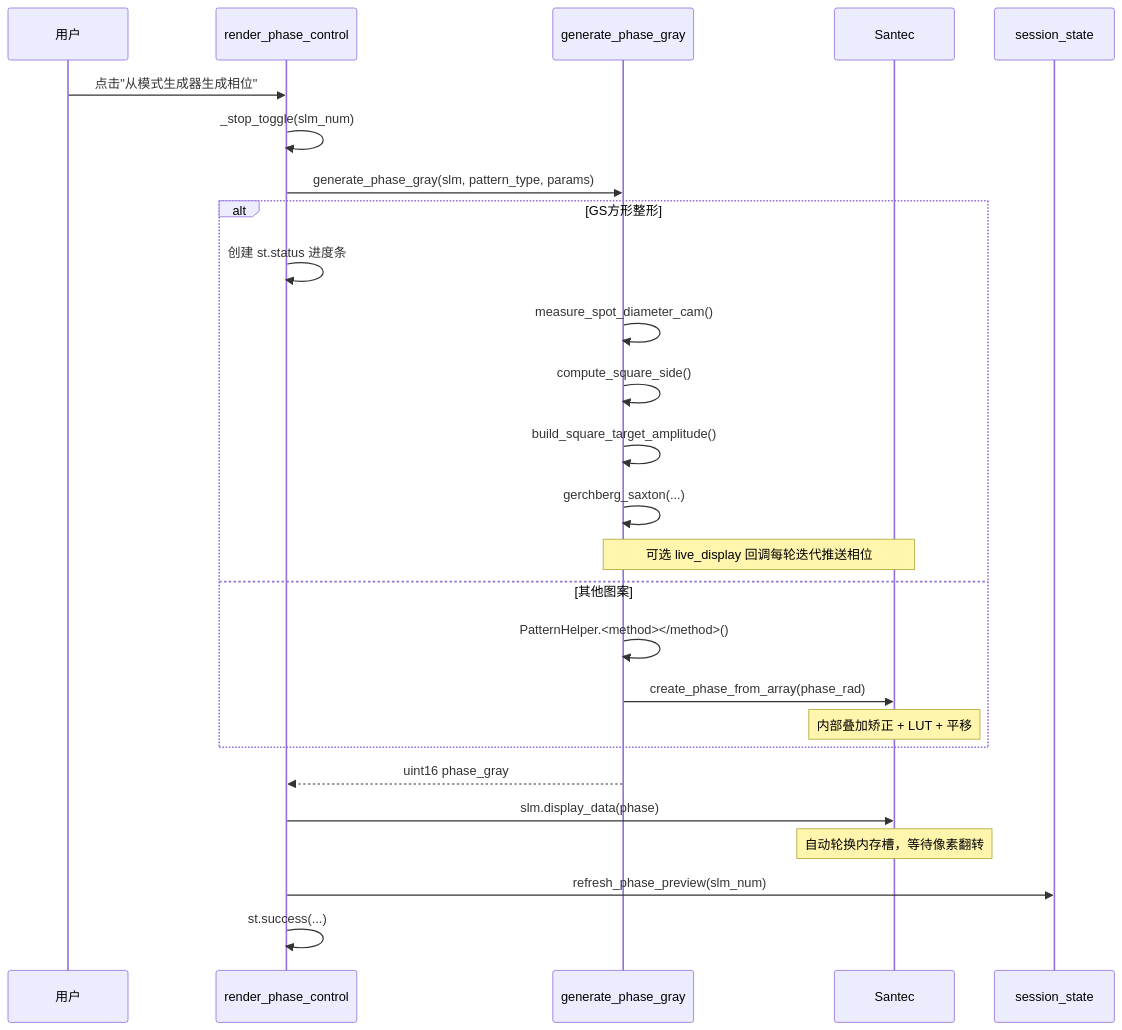
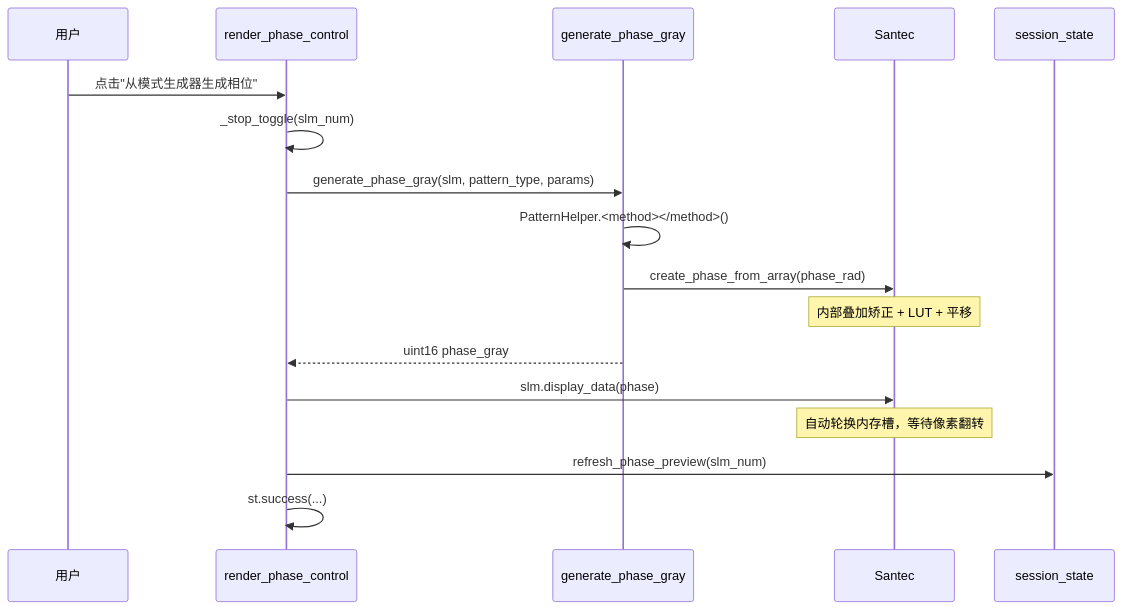
Before and after one commit to ywzhang909/AO-shaping: the fourth of 8 diagrams in docs/slm/slm_gui_manual.md, drawn with Mermaid. The commit also changed other lines of this file and 1 other file, not shown here.

First line of the commit message:
docs(slm): document the closed-loop shaping section

````diff
--- a/docs/slm/slm_gui_manual.md
+++ b/docs/slm/slm_gui_manual.md
@@ -206,29 +203,20 @@
 ```mermaid
 sequenceDiagram
     participant U as 用户
     participant PC as render_phase_control
     participant C as generate_phase_gray
     participant SLM as Santec
     participant SS as session_state
 
     U->>PC: 点击"从模式生成器生成相位"
     PC->>PC: _stop_toggle(slm_num)
     PC->>C: generate_phase_gray(slm, pattern_type, params)
-    alt GS方形整形
-        PC->>PC: 创建 st.status 进度条
-        C->>C: measure_spot_diameter_cam()
-        C->>C: compute_square_side()
-        C->>C: build_square_target_amplitude()
-        C->>C: gerchberg_saxton(...)
-        Note over C,SLM: 可选 live_display 回调每轮迭代推送相位
-    else 其他图案
-        C->>C: PatternHelper.<method></method>()
-        C->>SLM: create_phase_from_array(phase_rad)
-        Note over SLM: 内部叠加矫正 + LUT + 平移
-    end
+    C->>C: PatternHelper.<method></method>()
+    C->>SLM: create_phase_from_array(phase_rad)
+    Note over SLM: 内部叠加矫正 + LUT + 平移
     C-->>PC: uint16 phase_gray
     PC->>SLM: slm.display_data(phase)
     Note over SLM: 自动轮换内存槽，等待像素翻转
     PC->>SS: refresh_phase_preview(slm_num)
     PC->>PC: st.success(...)
 ```
````
